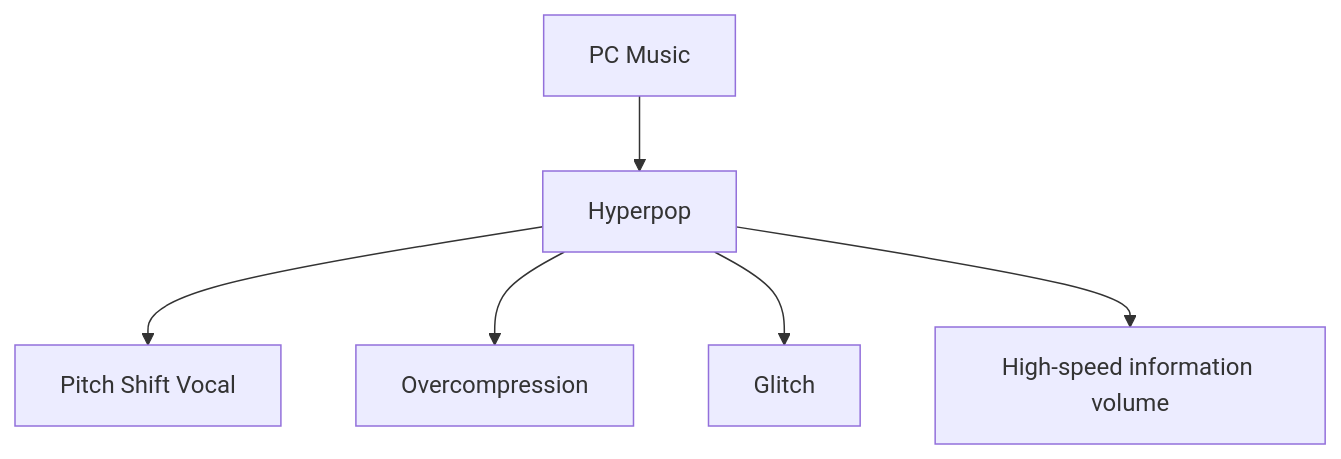
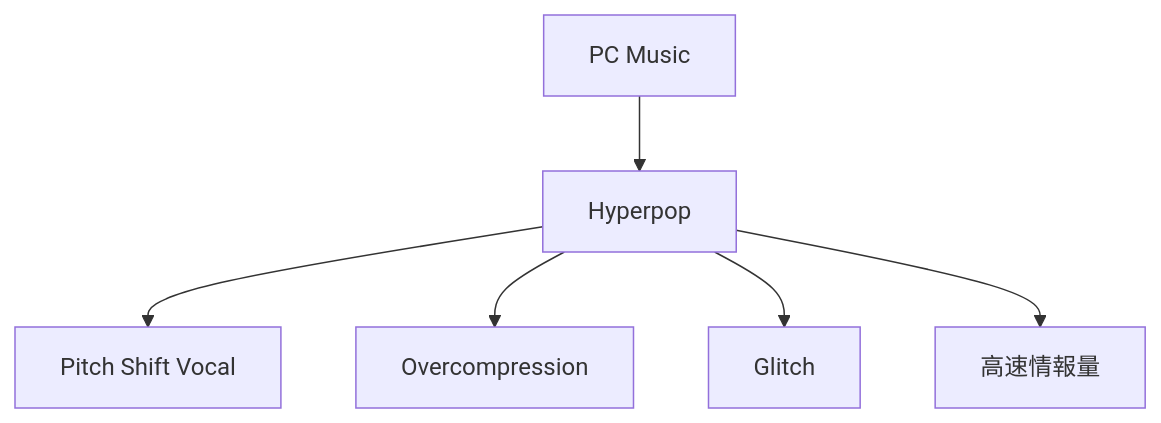
Before and after one commit to monumental-movement/monumental-movement.github.io: the eighth of 17 diagrams in en/_posts/2026-05-24-column-k-pop-indie-electronica.md, drawn with Mermaid. The commit also changed other lines of this file and 2196 other files, not shown here.

```diff
--- a/en/_posts/2026-05-24-column-k-pop-indie-electronica.md
+++ b/en/_posts/2026-05-24-column-k-pop-indie-electronica.md
@@ -271,8 +271,8 @@
 <div class="mermaid">
 graph TD
 A["PC Music"] --> B["Hyperpop"]
 B --> C["Pitch Shift Vocal"]
 B --> D["Overcompression"]
 B --> E["Glitch"]
-B --> F["High-speed information volume"]
+B --> F["高速情報量"]
 </div>
```
